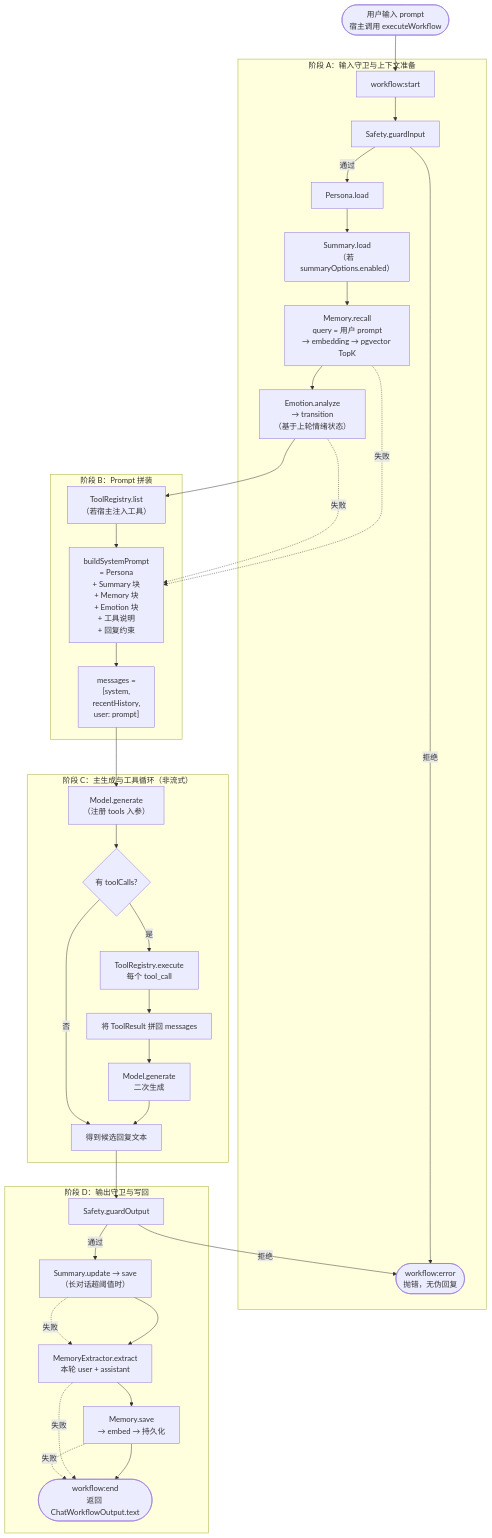
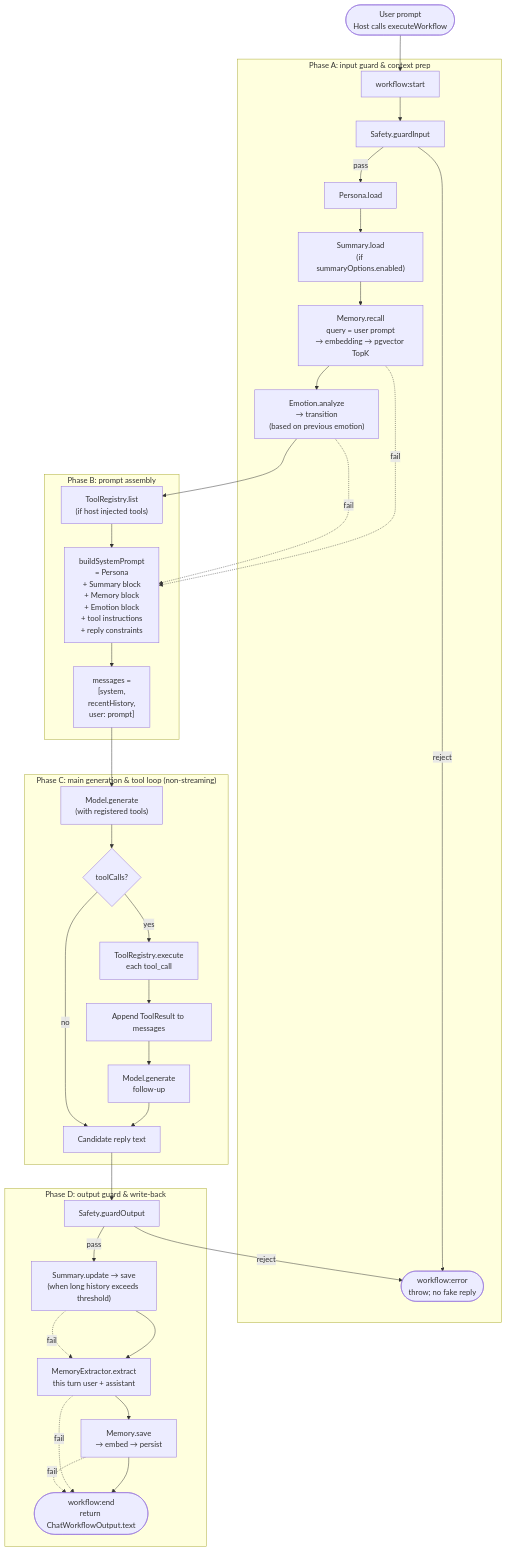
One commit to KRISACHAN/ying-ai changed the second of 3 diagrams in packages/ai-core/README.md. Above: the diagram before and after it, drawn with Mermaid. The commit also changed other lines of this file and 205 other files, not shown here.

````diff
--- a/packages/ai-core/README.md
+++ b/packages/ai-core/README.md
@@ -178,44 +180,44 @@
 ```mermaid
 flowchart TD
-  START(["用户输入 prompt\n宿主调用 executeWorkflow"]) --> A
+  START(["User prompt\nHost calls executeWorkflow"]) --> A
 
-  subgraph PhaseA["阶段 A：输入守卫与上下文准备"]
+  subgraph PhaseA["Phase A: input guard & context prep"]
     A["workflow:start"] --> B["Safety.guardInput"]
-    B -->|拒绝| ERR(["workflow:error\n抛错，无伪回复"])
-    B -->|通过| C["Persona.load"]
-    C --> D["Summary.load\n（若 summaryOptions.enabled）"]
-    D --> E["Memory.recall\nquery = 用户 prompt\n→ embedding → pgvector TopK"]
-    E --> F["Emotion.analyze\n→ transition\n（基于上轮情绪状态）"]
+    B -->|reject| ERR(["workflow:error\nthrow; no fake reply"])
+    B -->|pass| C["Persona.load"]
+    C --> D["Summary.load\n(if summaryOptions.enabled)"]
+    D --> E["Memory.recall\nquery = user prompt\n→ embedding → pgvector TopK"]
+    E --> F["Emotion.analyze\n→ transition\n(based on previous emotion)"]
   end
 
-  subgraph PhaseB["阶段 B：Prompt 拼装"]
-    F --> F2["ToolRegistry.list\n（若宿主注入工具）"]
-    F2 --> G["buildSystemPrompt\n= Persona\n+ Summary 块\n+ Memory 块\n+ Emotion 块\n+ 工具说明\n+ 回复约束"]
+  subgraph PhaseB["Phase B: prompt assembly"]
+    F --> F2["ToolRegistry.list\n(if host injected tools)"]
+    F2 --> G["buildSystemPrompt\n= Persona\n+ Summary block\n+ Memory block\n+ Emotion block\n+ tool instructions\n+ reply constraints"]
     G --> H["messages =\n[system,\n recentHistory,\n user: prompt]"]
   end
 
-  subgraph PhaseC["阶段 C：主生成与工具循环（非流式）"]
-    H --> I["Model.generate\n（注册 tools 入参）"]
-    I --> J{"有 toolCalls?"}
-    J -->|是| K["ToolRegistry.execute\n每个 tool_call"]
-    K --> L["将 ToolResult 拼回 messages"]
-    L --> I2["Model.generate\n二次生成"]
+  subgraph PhaseC["Phase C: main generation & tool loop (non-streaming)"]
+    H --> I["Model.generate\n(with registered tools)"]
+    I --> J{"toolCalls?"}
+    J -->|yes| K["ToolRegistry.execute\neach tool_call"]
+    K --> L["Append ToolResult to messages"]
+    L --> I2["Model.generate\nfollow-up"]
     I2 --> M
-    J -->|否| M["得到候选回复文本"]
+    J -->|no| M["Candidate reply text"]
   end
 
-  subgraph PhaseD["阶段 D：输出守卫与写回"]
+  subgraph PhaseD["Phase D: output guard & write-back"]
     M --> N["Safety.guardOutput"]
-    N -->|拒绝| ERR
-    N -->|通过| O["Summary.update → save\n（长对话超阈值时）"]
-    O --> P["MemoryExtractor.extract\n本轮 user + assistant"]
-    P --> Q["Memory.save\n→ embed → 持久化"]
-    Q --> END(["workflow:end\n返回 ChatWorkflowOutput.text"])
+    N -->|reject| ERR
+    N -->|pass| O["Summary.update → save\n(when long history exceeds threshold)"]
+    O --> P["MemoryExtractor.extract\nthis turn user + assistant"]
+    P --> Q["Memory.save\n→ embed → persist"]
+    Q --> END(["workflow:end\nreturn ChatWorkflowOutput.text"])
   end
 
-  E -.->|失败| G
-  F -.->|失败| G
-  O -.->|失败| P
-  P -.->|失败| END
-  Q -.->|失败| END
+  E -.->|fail| G
+  F -.->|fail| G
+  O -.->|fail| P
+  P -.->|fail| END
+  Q -.->|fail| END
 ```
````
